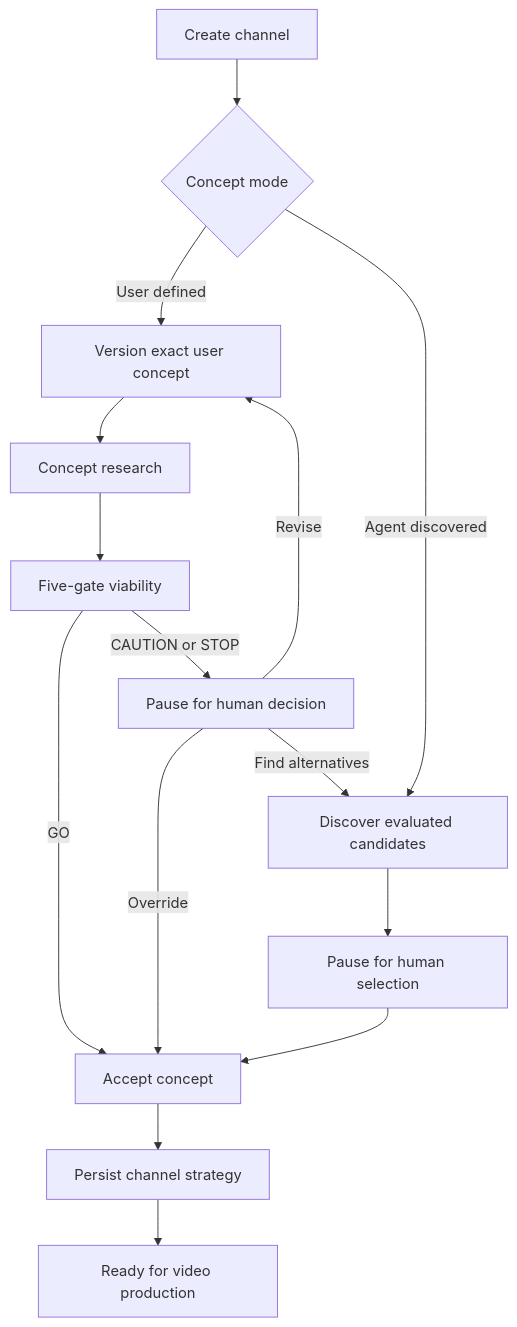
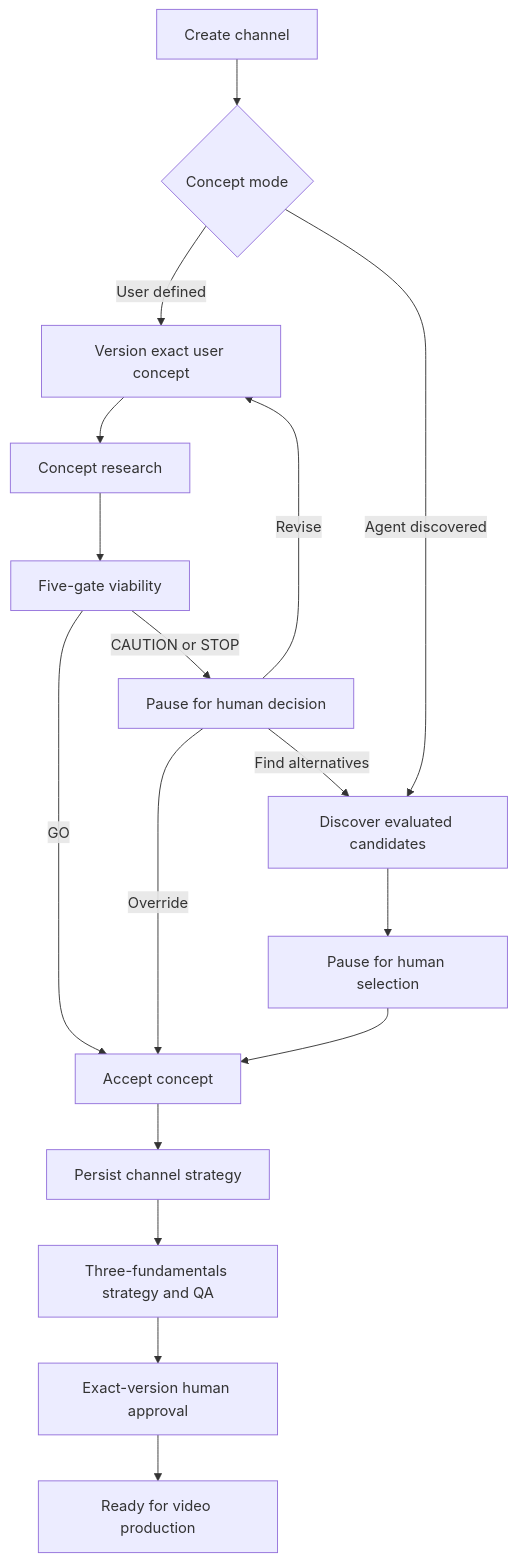
The diagram in docs/channel-concept-workflow.md (gekgrind/channelwright), drawn with Mermaid before and after one commit. The commit also changed 36 other files, not shown here.

````diff
--- a/docs/channel-concept-workflow.md
+++ b/docs/channel-concept-workflow.md
@@ -3,17 +3,19 @@
 ```mermaid
 flowchart TD
   A[Create channel] --> B{Concept mode}
   B -->|User defined| C[Version exact user concept]
   C --> D[Concept research]
   D --> E[Five-gate viability]
   E -->|GO| J[Accept concept]
   E -->|CAUTION or STOP| F[Pause for human decision]
   F -->|Override| J
   F -->|Revise| C
   F -->|Find alternatives| G[Discover evaluated candidates]
   B -->|Agent discovered| G
   G --> H[Pause for human selection]
   H --> J
   J --> K[Persist channel strategy]
-  K --> L[Ready for video production]
+  K --> M[Three-fundamentals strategy and QA]
+  M --> N[Exact-version human approval]
+  N --> L[Ready for video production]
 ```
````
